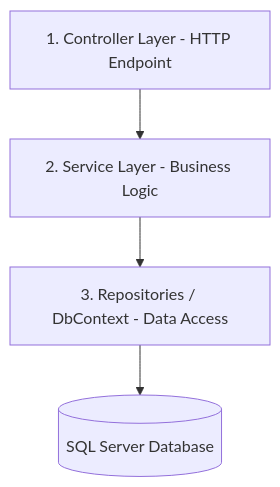
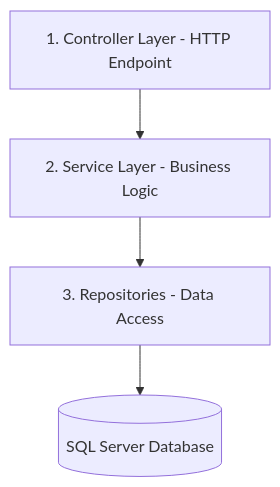
One commit to HieuCE180575/calendar-shop changed the first of 2 diagrams in docs/developer_guide.md. Above: the diagram before and after it, drawn with Mermaid. The commit also changed other lines of this file and 29 other files, not shown here.

````diff
--- a/docs/developer_guide.md
+++ b/docs/developer_guide.md
@@ -13,6 +13,6 @@
 ```mermaid
 graph TD
     Controller[1. Controller Layer - HTTP Endpoint] --> Service[2. Service Layer - Business Logic]
-    Service --> Repositories[3. Repositories / DbContext - Data Access]
+    Service --> Repositories[3. Repositories - Data Access]
     Repositories --> SQL[(SQL Server Database)]
 ```
````
